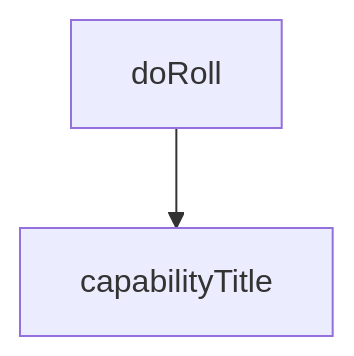
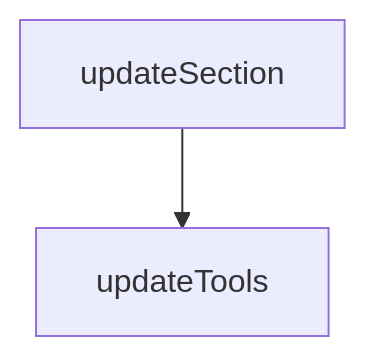
Before and after one commit to johnxie/awesome-code-docs: the diagram in tutorials/playwright-mcp-tutorial/02-operating-model-accessibility-snapshots.md, drawn with Mermaid. The commit also changed other lines of this file and 104 other files, not shown here.

````diff
--- a/tutorials/playwright-mcp-tutorial/02-operating-model-accessibility-snapshots.md
+++ b/tutorials/playwright-mcp-tutorial/02-operating-model-accessibility-snapshots.md
@@ -119,6 +133,6 @@
 ```mermaid
 flowchart TD
-    A[doRoll]
-    B[capabilityTitle]
+    A[updateSection]
+    B[updateTools]
     A --> B
 ```
````
